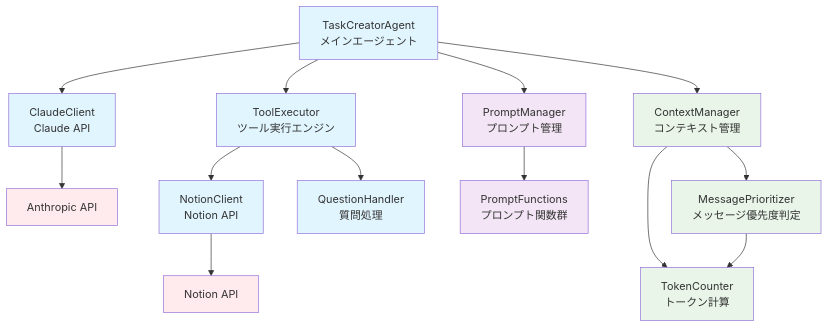
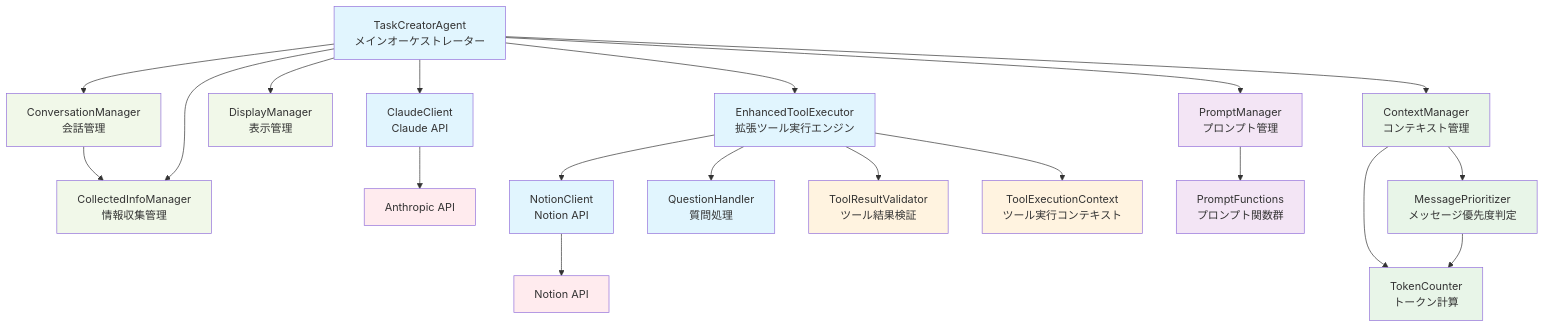
The first of 7 diagrams in ARCHITECTURE.md (shomrkm/shochan_ai), drawn with Mermaid before and after one commit. The commit also changed other lines of this file and 1 other file, not shown here.

Commit message:
doc: Implement clean architecture for TaskCreatorAgent by introducing ConversationManager, CollectedInfoManager, and DisplayManager, enhancing modularity, maintainability, and separation of concerns across components

````diff
--- a/ARCHITECTURE.md
+++ b/ARCHITECTURE.md
@@ -7,55 +7,78 @@
 ```mermaid
 graph TB
     %% Main Agent
-    Agent[TaskCreatorAgent<br/>メインエージェント]
+    Agent[TaskCreatorAgent<br/>メインオーケストレーター]
+    
+    %% Conversation Management Components (NEW!)
+    ConversationMgr[ConversationManager<br/>会話管理]
+    InfoMgr[CollectedInfoManager<br/>情報収集管理]
+    DisplayMgr[DisplayManager<br/>表示管理]
     
     %% Factor 1: Core Components
     Claude[ClaudeClient<br/>Claude API]
-    ToolExec[ToolExecutor<br/>ツール実行エンジン]
+    ToolExec[EnhancedToolExecutor<br/>拡張ツール実行エンジン]
     Notion[NotionClient<br/>Notion API]
     QuestionHandler[QuestionHandler<br/>質問処理]
     
     %% Factor 2: Prompt Management
     PromptMgr[PromptManager<br/>プロンプト管理]
     PromptFuncs[PromptFunctions<br/>プロンプト関数群]
     
-    %% Factor 3: Context Management (NEW!)
+    %% Factor 3: Context Management
     ContextMgr[ContextManager<br/>コンテキスト管理]
     TokenCounter[TokenCounter<br/>トークン計算]
     MsgPrioritizer[MessagePrioritizer<br/>メッセージ優先度判定]
+    
+    %% Factor 4: Tool Enhancement Components
+    ToolValidator[ToolResultValidator<br/>ツール結果検証]
+    ToolContext[ToolExecutionContext<br/>ツール実行コンテキスト]
     
     %% External APIs
     AnthropicAPI[Anthropic API]
     NotionAPI[Notion API]
     
-    %% Dependencies
+    %% Agent Dependencies (Refactored!)
+    Agent --> ConversationMgr
+    Agent --> InfoMgr
+    Agent --> DisplayMgr
     Agent --> Claude
     Agent --> ToolExec
     Agent --> PromptMgr
     Agent --> ContextMgr
+    
+    %% Conversation Management Dependencies
+    ConversationMgr --> InfoMgr
     
     %% Factor 1 Dependencies
     Claude --> AnthropicAPI
     ToolExec --> Notion
     ToolExec --> QuestionHandler
     Notion --> NotionAPI
     
     %% Factor 2 Dependencies
     PromptMgr --> PromptFuncs
     
-    %% Factor 3 Dependencies (NEW!)
+    %% Factor 3 Dependencies
     ContextMgr --> TokenCounter
     ContextMgr --> MsgPrioritizer
     MsgPrioritizer --> TokenCounter
+    
+    %% Factor 4 Dependencies
+    ToolExec --> ToolValidator
+    ToolExec --> ToolContext
     
     %% Styling
     classDef factor1 fill:#e1f5fe
     classDef factor2 fill:#f3e5f5
     classDef factor3 fill:#e8f5e8
+    classDef factor4 fill:#fff3e0
+    classDef conversation fill:#f1f8e9
     classDef external fill:#ffebee
     
     class Agent,Claude,ToolExec,Notion,QuestionHandler factor1
     class PromptMgr,PromptFuncs factor2
     class ContextMgr,TokenCounter,MsgPrioritizer factor3
+    class ToolValidator,ToolContext factor4
+    class ConversationMgr,InfoMgr,DisplayMgr conversation
     class AnthropicAPI,NotionAPI external
 ```
````
